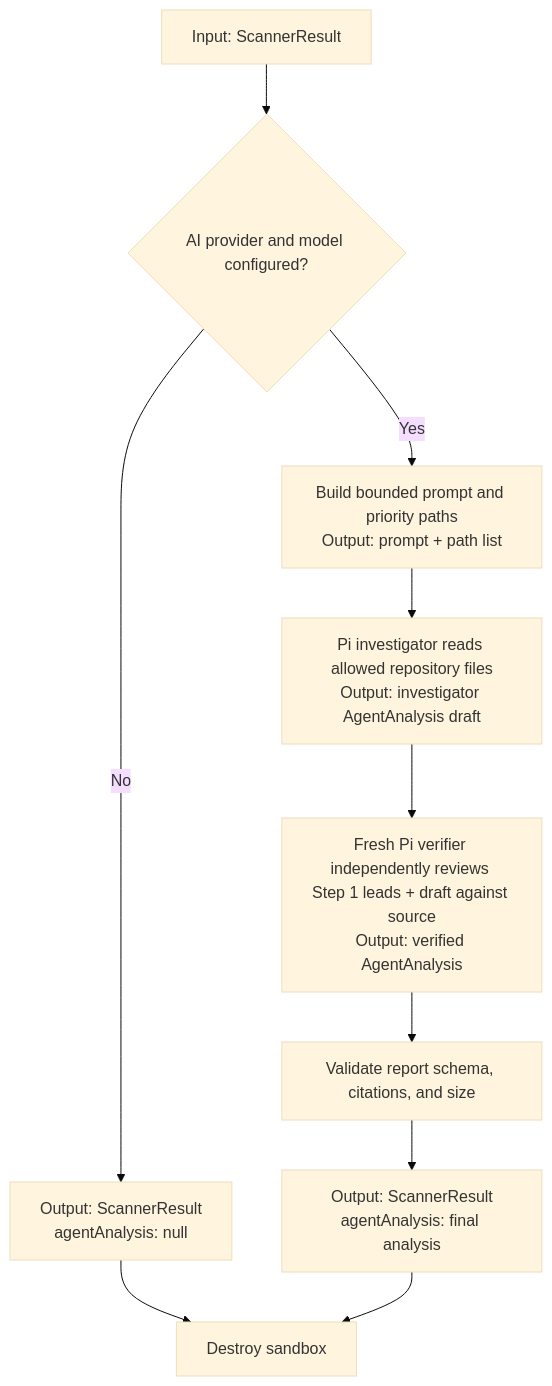
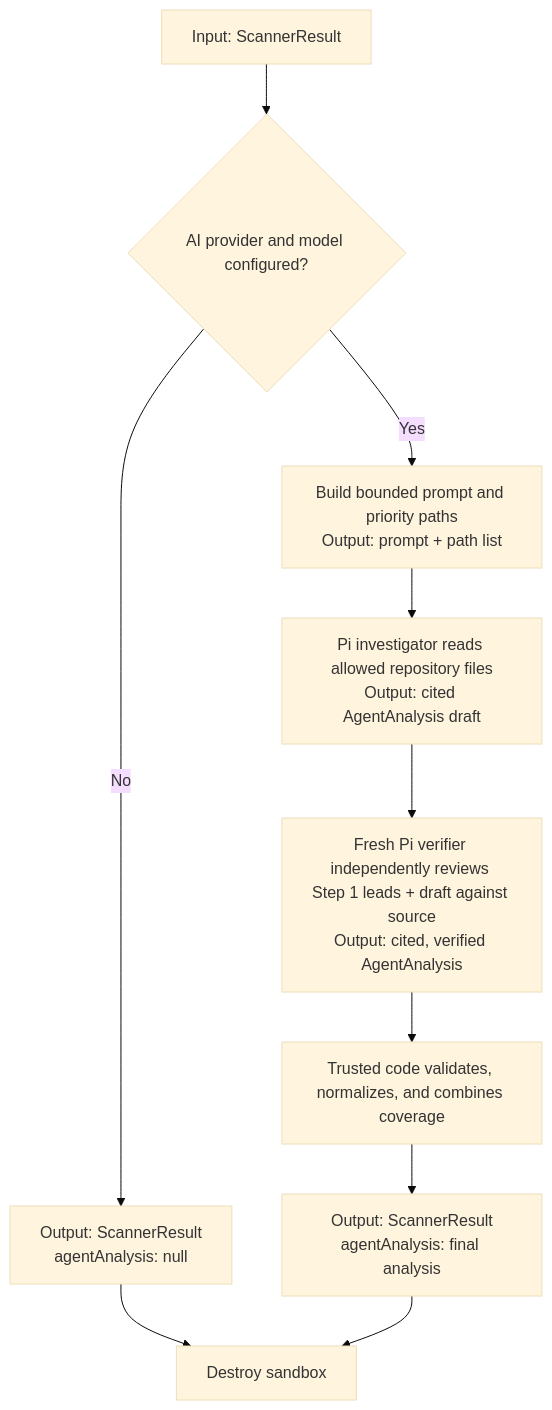
Before and after one commit to Tarun-Elango/codevet-worker: the second of 2 diagrams in flow.md, drawn with Mermaid (base theme). The commit also changed other lines of this file, not shown here.

````diff
--- a/flow.md
+++ b/flow.md
@@ -57,12 +57,12 @@
 ```mermaid
 flowchart TD
   R["Input: ScannerResult"] --> Q{"AI provider and model configured?"}
   Q -- No --> N["Output: ScannerResult\nagentAnalysis: null"]
   Q -- Yes --> B["Build bounded prompt and priority paths\nOutput: prompt + path list"]
-  B --> I["Pi investigator reads allowed repository files\nOutput: investigator AgentAnalysis draft"]
-  I --> V["Fresh Pi verifier independently reviews Step 1 leads + draft against source\nOutput: verified AgentAnalysis"]
-  V --> X["Validate report schema, citations, and size"]
+  B --> I["Pi investigator reads allowed repository files\nOutput: cited AgentAnalysis draft"]
+  I --> V["Fresh Pi verifier independently reviews Step 1 leads + draft against source\nOutput: cited, verified AgentAnalysis"]
+  V --> X["Trusted code validates, normalizes, and combines coverage"]
   X --> F["Output: ScannerResult\nagentAnalysis: final analysis"]
   N --> D["Destroy sandbox"]
   F --> D
 ```
````
